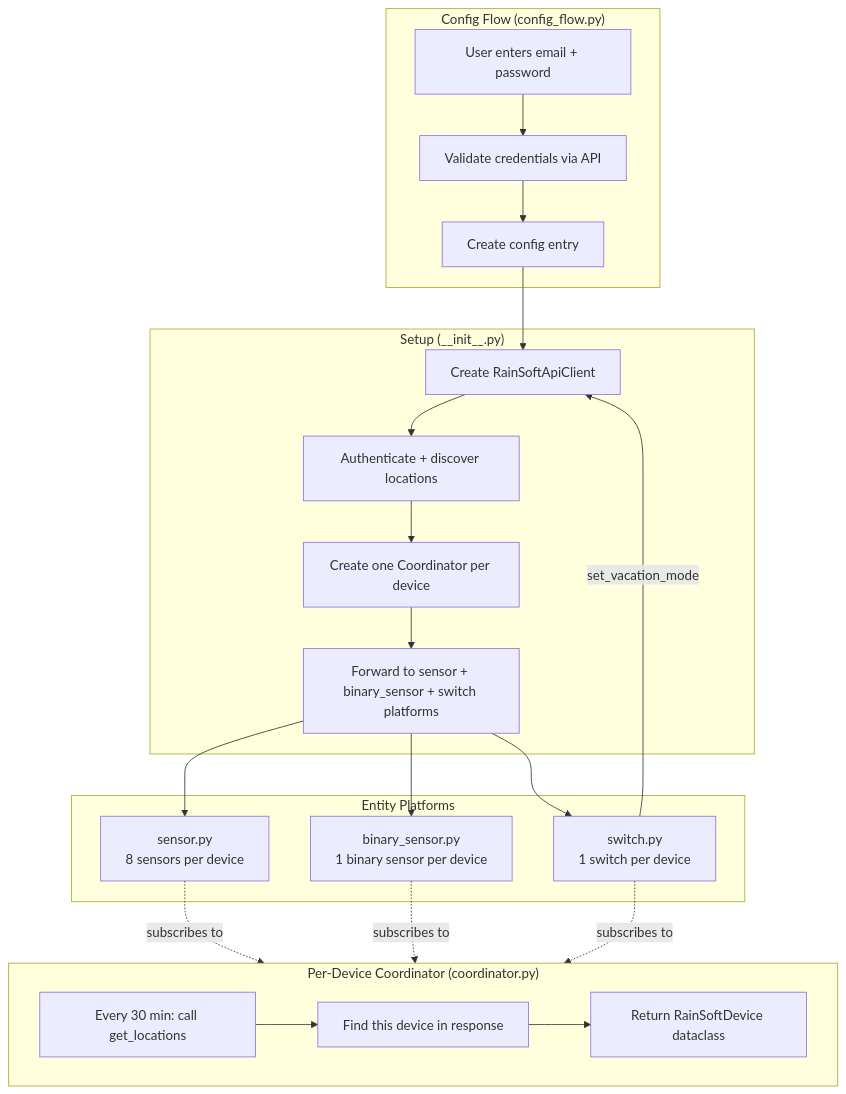
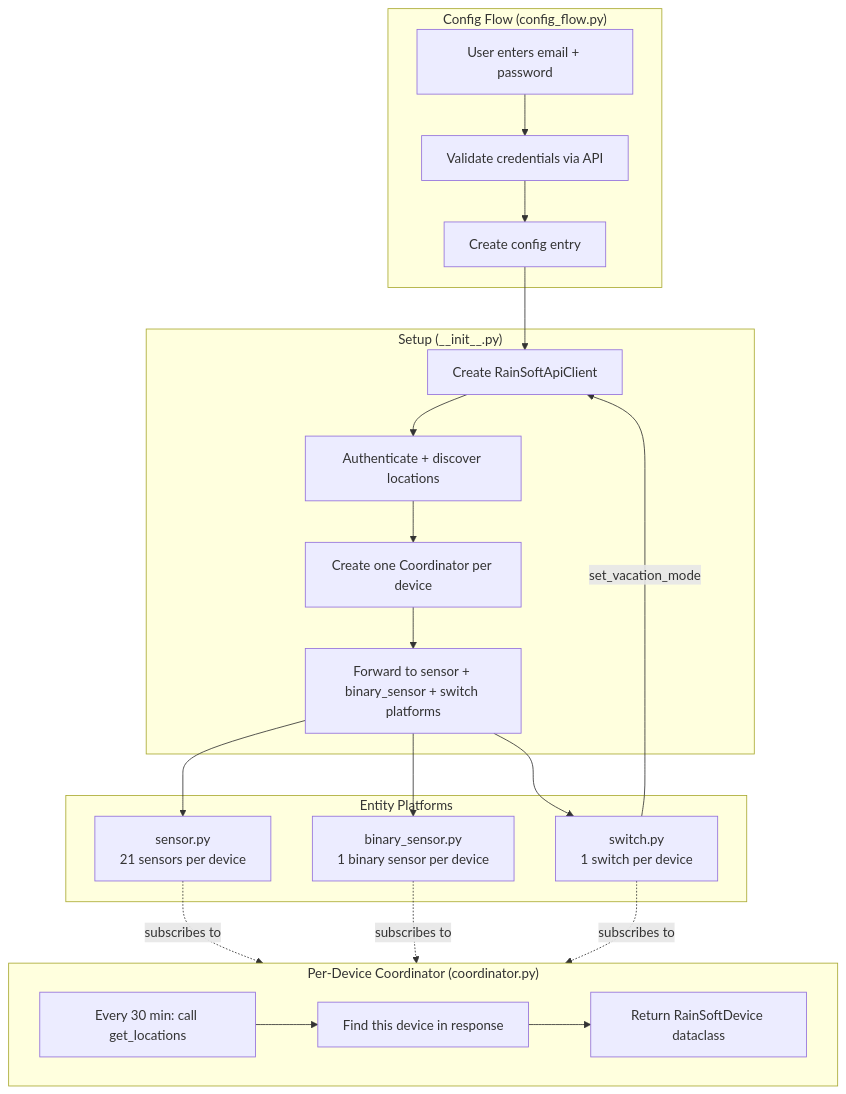
The third of 4 diagrams in ARCHITECTURE.md (MathewUlanowski/ha-rainsoft), drawn with Mermaid before and after one commit. The commit also changed other lines of this file and 5 other files, not shown here.

````diff
--- a/ARCHITECTURE.md
+++ b/ARCHITECTURE.md
@@ -84,39 +84,39 @@
 ```mermaid
 flowchart TB
     subgraph ConfigFlow["Config Flow (config_flow.py)"]
         CF1[User enters email + password]
         CF2[Validate credentials via API]
         CF3[Create config entry]
         CF1 --> CF2 --> CF3
     end
 
     subgraph Setup["Setup (__init__.py)"]
         S1[Create RainSoftApiClient]
         S2[Authenticate + discover locations]
         S3[Create one Coordinator per device]
         S4[Forward to sensor + binary_sensor + switch platforms]
         S1 --> S2 --> S3 --> S4
     end
 
     subgraph Coordinator["Per-Device Coordinator (coordinator.py)"]
         C1[Every 30 min: call get_locations]
         C2[Find this device in response]
         C3[Return RainSoftDevice dataclass]
         C1 --> C2 --> C3
     end
 
     subgraph Entities["Entity Platforms"]
-        SE[sensor.py<br/>8 sensors per device]
+        SE[sensor.py<br/>21 sensors per device]
         BE[binary_sensor.py<br/>1 binary sensor per device]
         SW[switch.py<br/>1 switch per device]
     end
 
     CF3 --> S1
     S4 --> SE
     S4 --> BE
     S4 --> SW
     SE -.->|subscribes to| Coordinator
     BE -.->|subscribes to| Coordinator
     SW -.->|subscribes to| Coordinator
     SW -->|set_vacation_mode| S1
 ```
````
